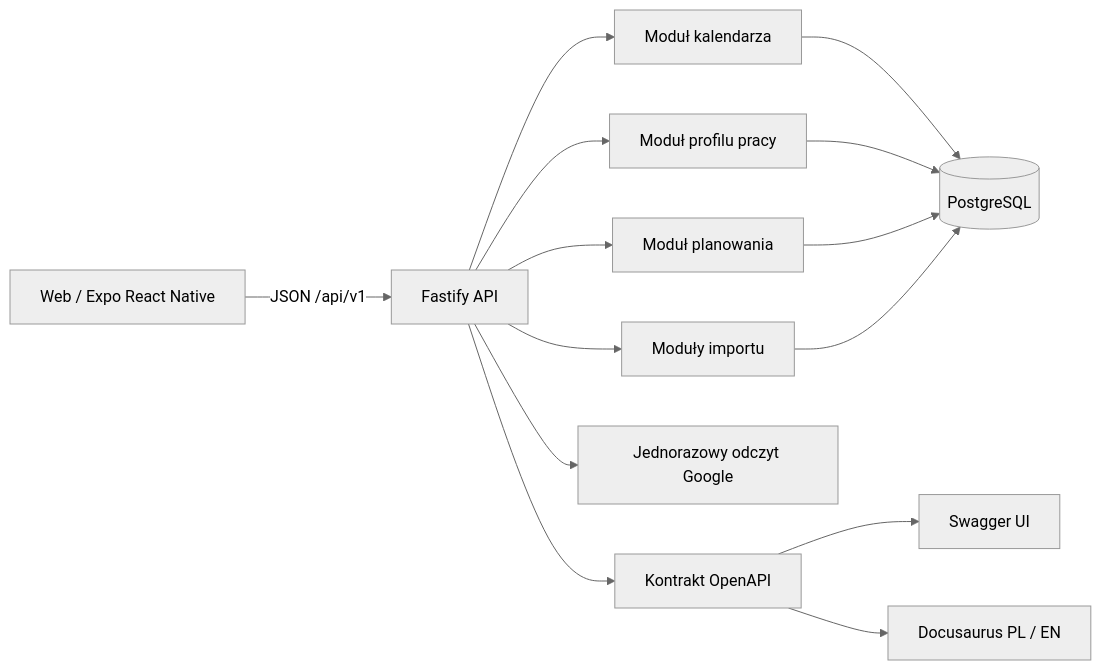
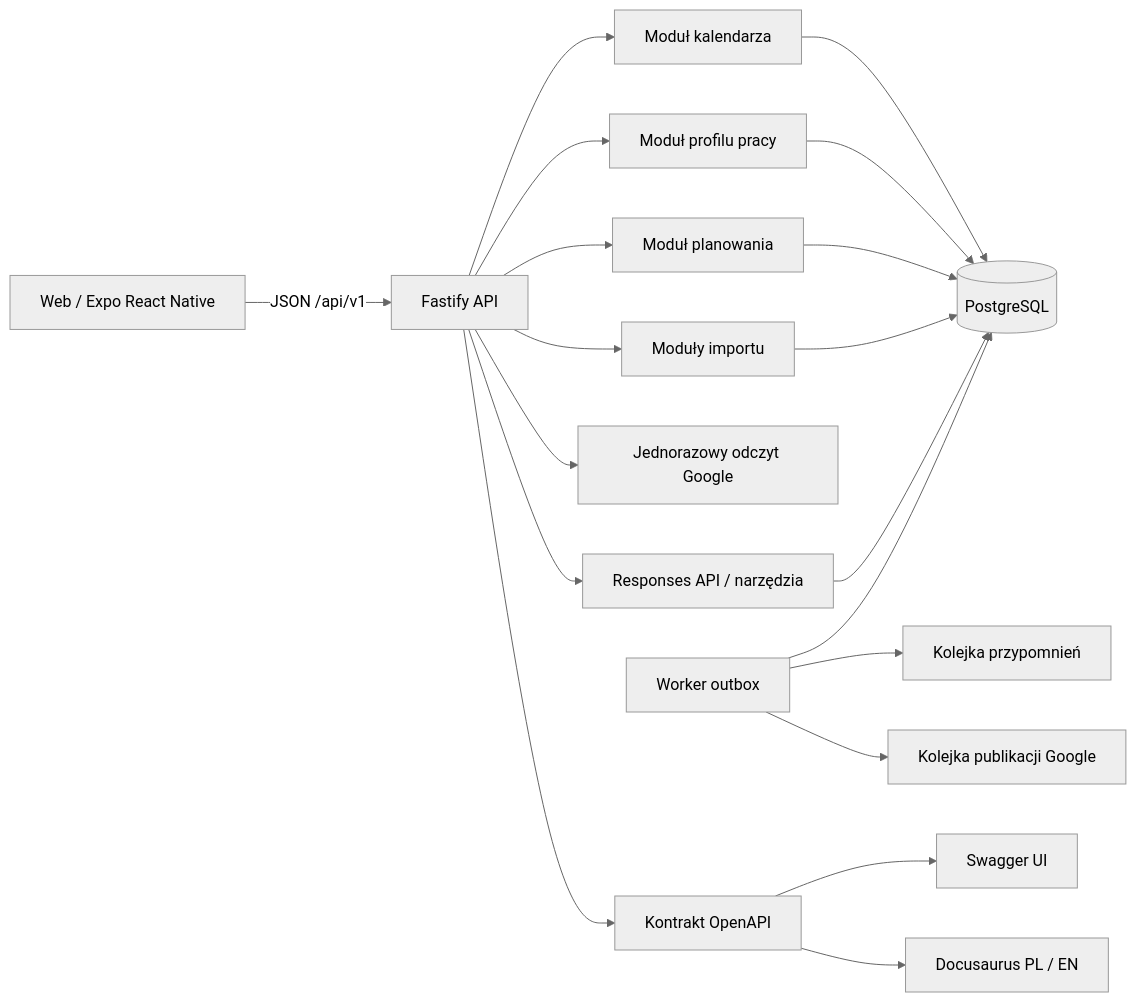
The diagram in docs-site/docs/architecture.md (KarolNarozniak/KAC-demo), drawn with Mermaid (neutral theme) before and after one commit. The commit also changed other lines of this file and 73 other files, not shown here.

````diff
--- a/docs-site/docs/architecture.md
+++ b/docs-site/docs/architecture.md
@@ -12,16 +12,21 @@
 ```mermaid
 flowchart LR
   Browser[Web / Expo React Native] -->|JSON /api/v1| Api[Fastify API]
   Api --> Calendar[Moduł kalendarza]
   Api --> Profile[Moduł profilu pracy]
   Api --> Scheduling[Moduł planowania]
   Api --> Imports[Moduły importu]
   Api --> Google[Jednorazowy odczyt Google]
+  Api --> AI[Responses API / narzędzia]
+  Outbox[Worker outbox] --> Pg
+  Outbox --> Reminders[Kolejka przypomnień]
+  Outbox --> GoogleQueue[Kolejka publikacji Google]
   Calendar --> Pg[(PostgreSQL)]
   Profile --> Pg
   Scheduling --> Pg
   Imports --> Pg
+  AI --> Pg
   Api --> OpenAPI[Kontrakt OpenAPI]
   OpenAPI --> Swagger[Swagger UI]
   OpenAPI --> Docs[Docusaurus PL / EN]
 ```
````
